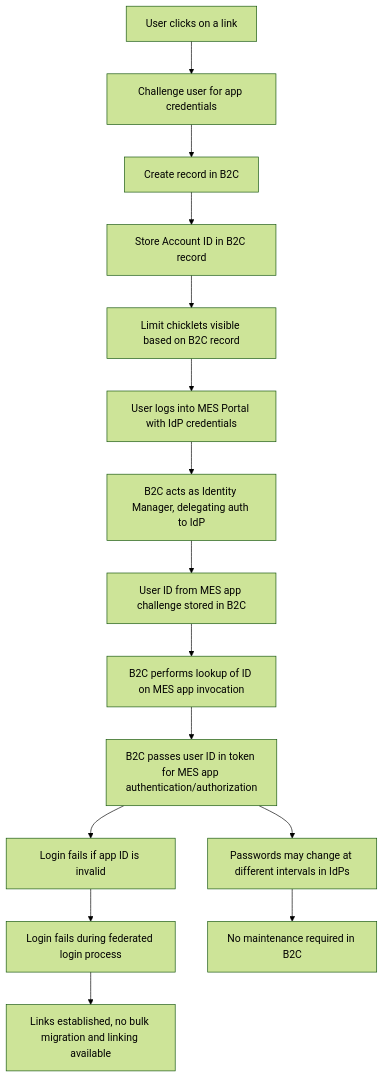
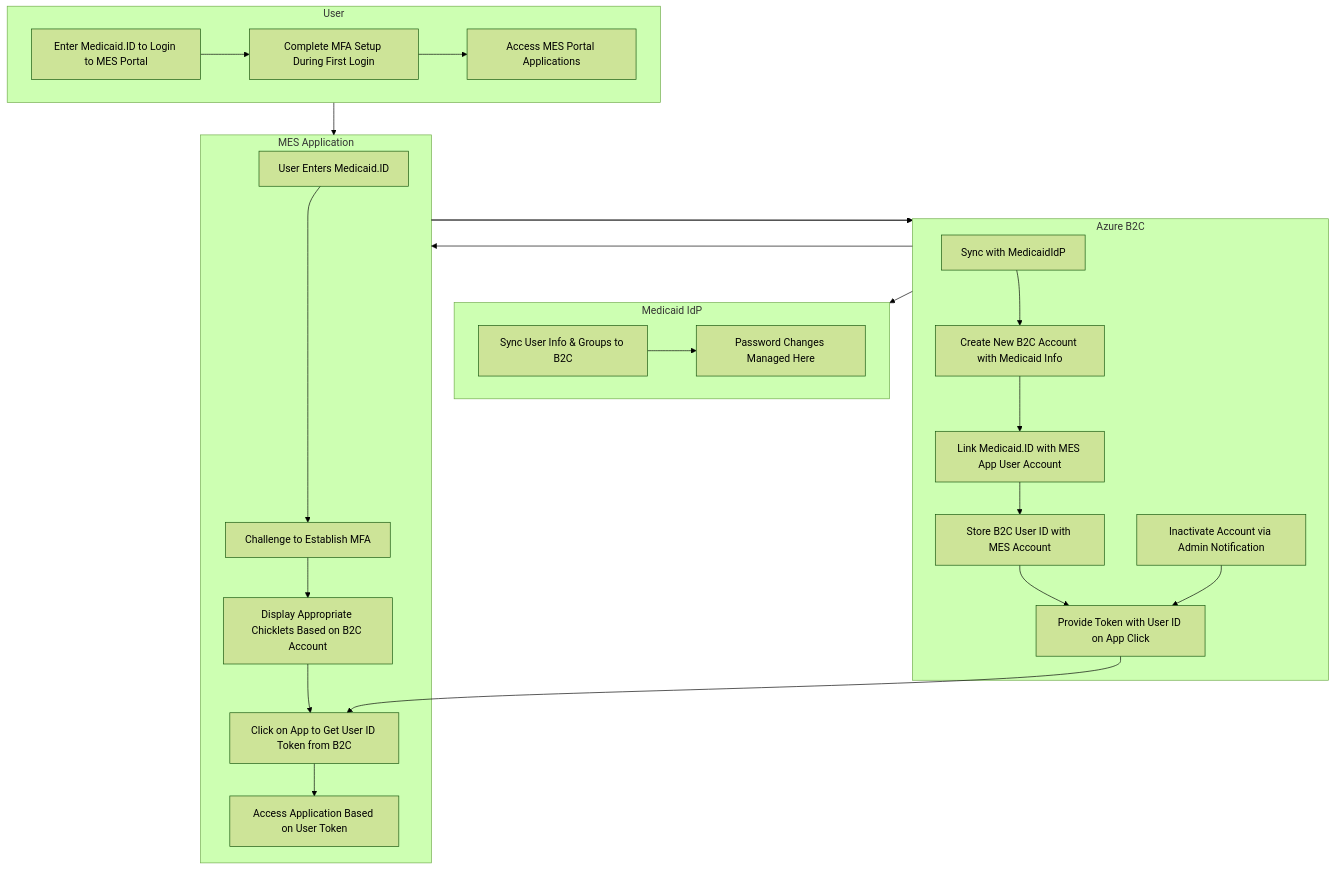
Before and after one commit to oigbokwe73/Identity-and-Management-Providers: the second of 2 diagrams in README.md, drawn with Mermaid (forest theme). The commit also changed other lines of this file, not shown here.

````diff
--- a/README.md
+++ b/README.md
@@ -251,17 +251,28 @@
 ```mermaid
-graph TD
-  A[User clicks on a link] --> B[Challenge user for app credentials]
-  B --> C[Create record in B2C]
-  C --> D[Store Account ID in B2C record]
-  D --> E[Limit chicklets visible based on B2C record]
-  E --> F[User logs into MES Portal with IdP credentials]
-  F --> G[B2C acts as Identity Manager, delegating auth to IdP]
-  G --> H[User ID from MES app challenge stored in B2C]
-  H --> I[B2C performs lookup of ID on MES app invocation]
-  I --> J[B2C passes user ID in token for MES app authentication/authorization]
-  J --> K[Login fails if app ID is invalid]
-  K --> L[Login fails during federated login process]
-  J --> M[Passwords may change at different intervals in IdPs]
-  M --> N[No maintenance required in B2C]
-  L --> O[Links established, no bulk migration and linking available]
+flowchart TD
+    subgraph MedicaidIdP [Medicaid IdP]
+        A1[Sync User Info & Groups to B2C] --> A2[Password Changes Managed Here]
+    end
+    subgraph B2C [Azure B2C]
+        B1[Sync with MedicaidIdP] --> B2[Create New B2C Account with Medicaid Info]
+        B2 --> B3[Link Medicaid.ID with MES App User Account]
+        B3 --> B4[Store B2C User ID with MES Account]
+        B4 --> B5[Provide Token with User ID on App Click]
+        B6[Inactivate Account via Admin Notification] --> B5
+    end
+    subgraph MESApp [MES Application]
+        M1[User Enters Medicaid.ID] --> M2[Challenge to Establish MFA]
+        M2 --> M3[Display Appropriate Chicklets Based on B2C Account]
+        M3 --> M4[Click on App to Get User ID Token from B2C]
+        M4 --> M5[Access Application Based on User Token]
+    end
+    subgraph User [User]
+        U1[Enter Medicaid.ID to Login to MES Portal] --> U2[Complete MFA Setup During First Login]
+        U2 --> U3[Access MES Portal Applications]
+    end
+    User --> MESApp
+    MESApp --> B2C
+    B2C --> MedicaidIdP
+    MESApp --> B2C --> MESApp
+    B5 --> M4
 ```
````
